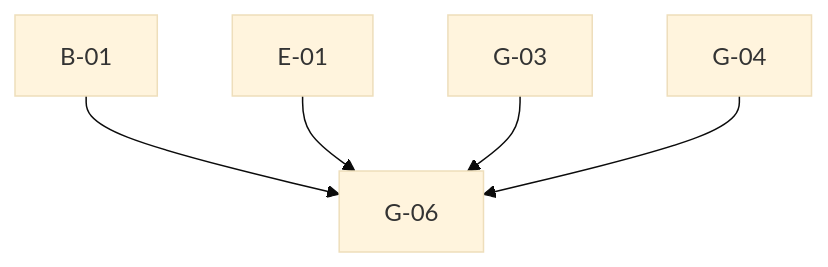
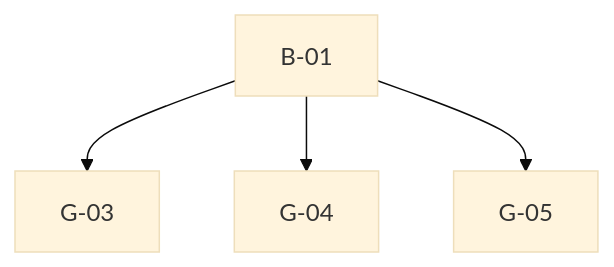
One commit to SarithaMathai/migration changed the diagram in output/analysis/packaging/be-04-stories.md. Above: the diagram before and after it, drawn with Mermaid (base theme). The commit also changed other lines of this file and 152 other files, not shown here.

````diff
--- a/output/analysis/packaging/be-04-stories.md
+++ b/output/analysis/packaging/be-04-stories.md
@@ -24,4 +24,4 @@
 ```mermaid
 graph TD
-  B01["B-01"] & E01["E-01"] & G03["G-03"] & G04["G-04"] --> G06["G-06"]
+  B01["B-01"] --> G03["G-03"] & G04["G-04"] & G05["G-05"]
 ```
````
